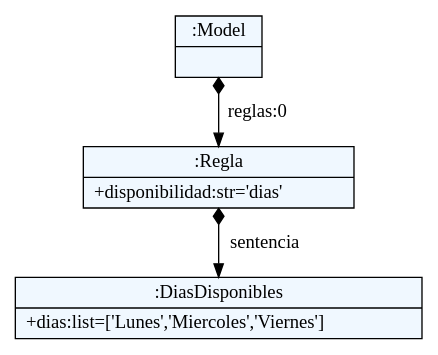
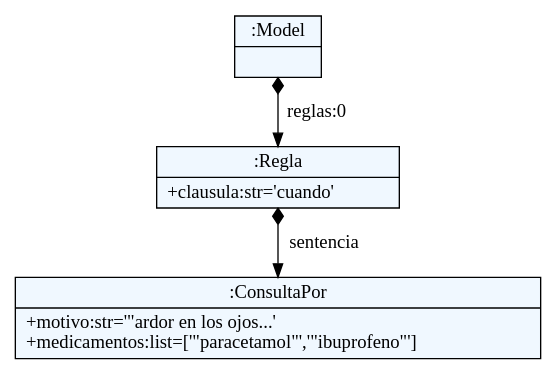
One commit to Patrick-beep-ui/KURE changed the diagram in dsl/ast.dot. Above: the diagram before and after it, drawn with Graphviz. The commit also changed 9 other files, not shown here.

```diff
--- a/dsl/ast.dot
+++ b/dsl/ast.dot
@@ -1,20 +1,20 @@
 
     digraph textX {
     fontname = "Bitstream Vera Sans"
     fontsize = 8
     node[
         shape=record,
         style=filled,
         fillcolor=aliceblue
     ]
     nodesep = 0.3
     edge[dir=black,arrowtail=empty]
 
 
-1420485581696 -> 1420485581744 [label="reglas:0" arrowtail=diamond dir=both]
-1420485581744 -> 1420485581600 [label="sentencia" arrowtail=diamond dir=both]
-1420485581600[label="{:DiasDisponibles|+dias:list=['Lunes','Miercoles','Viernes']\l}"]
-1420485581744[label="{:Regla|+disponibilidad:str='dias'\l}"]
-1420485581696[label="{:Model|}"]
+1596756318480 -> 1596756318624 [label="reglas:0" arrowtail=diamond dir=both]
+1596756318624 -> 1596756318720 [label="sentencia" arrowtail=diamond dir=both]
+1596756318720[label="{:ConsultaPor|+motivo:str='\"ardor en los ojos\...'\l+medicamentos:list=['\"paracetamol\"','\"ibuprofeno\"']\l}"]
+1596756318624[label="{:Regla|+clausula:str='cuando'\l}"]
+1596756318480[label="{:Model|}"]
 
 }
```
